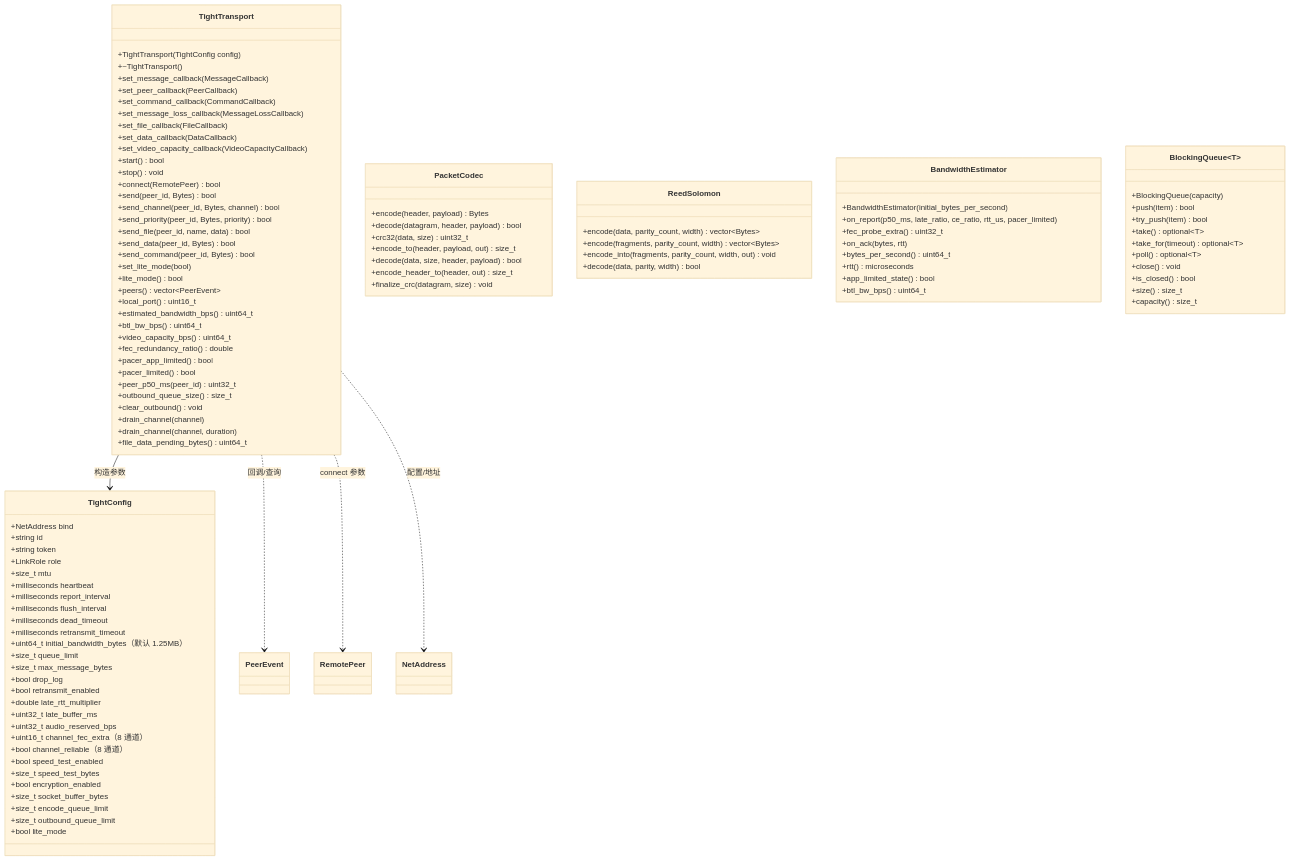
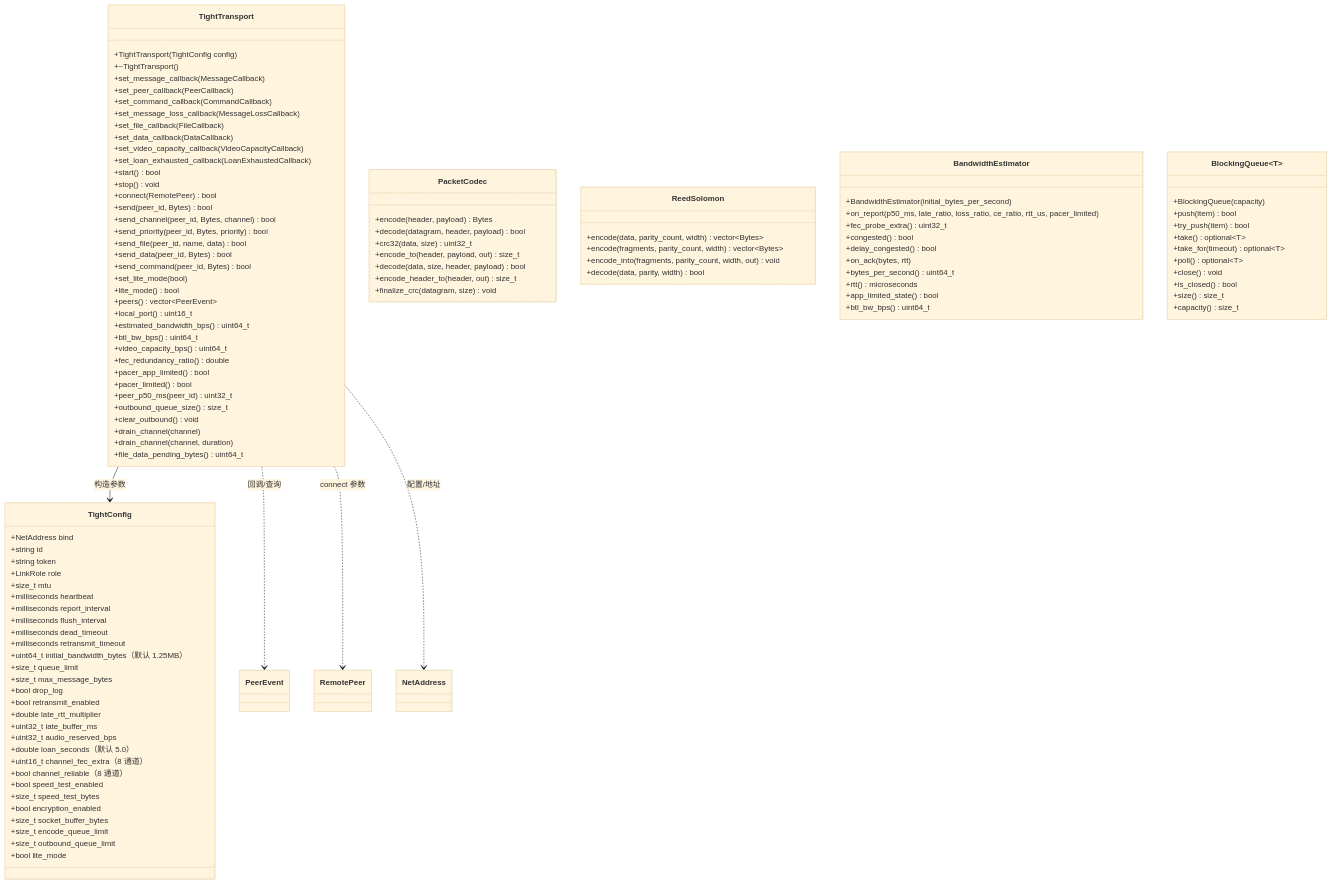
Before and after one commit to arrayforward/tight: the first of 2 diagrams in docs/api_reference.md, drawn with Mermaid (base theme). The commit also changed other lines of this file and 16 other files, not shown here.

```diff
--- a/docs/api_reference.md
+++ b/docs/api_reference.md
@@ -36,6 +36,7 @@
         +set_file_callback(FileCallback)
         +set_data_callback(DataCallback)
         +set_video_capacity_callback(VideoCapacityCallback)
+        +set_loan_exhausted_callback(LoanExhaustedCallback)
         +start() bool
         +stop() void
         +connect(RemotePeer) bool
@@ -81,6 +82,7 @@
         +double late_rtt_multiplier
         +uint32_t late_buffer_ms
         +uint32_t audio_reserved_bps
+        +double loan_seconds（默认 5.0）
         +uint16_t channel_fec_extra（8 通道）
         +bool channel_reliable（8 通道）
         +bool speed_test_enabled
@@ -108,8 +110,10 @@
     }
     class BandwidthEstimator {
         +BandwidthEstimator(initial_bytes_per_second)
-        +on_report(p50_ms, late_ratio, ce_ratio, rtt_us, pacer_limited)
+        +on_report(p50_ms, late_ratio, loss_ratio, ce_ratio, rtt_us, pacer_limited)
         +fec_probe_extra() uint32_t
+        +congested() bool
+        +delay_congested() bool
         +on_ack(bytes, rtt)
         +bytes_per_second() uint64_t
         +rtt() microseconds
```
